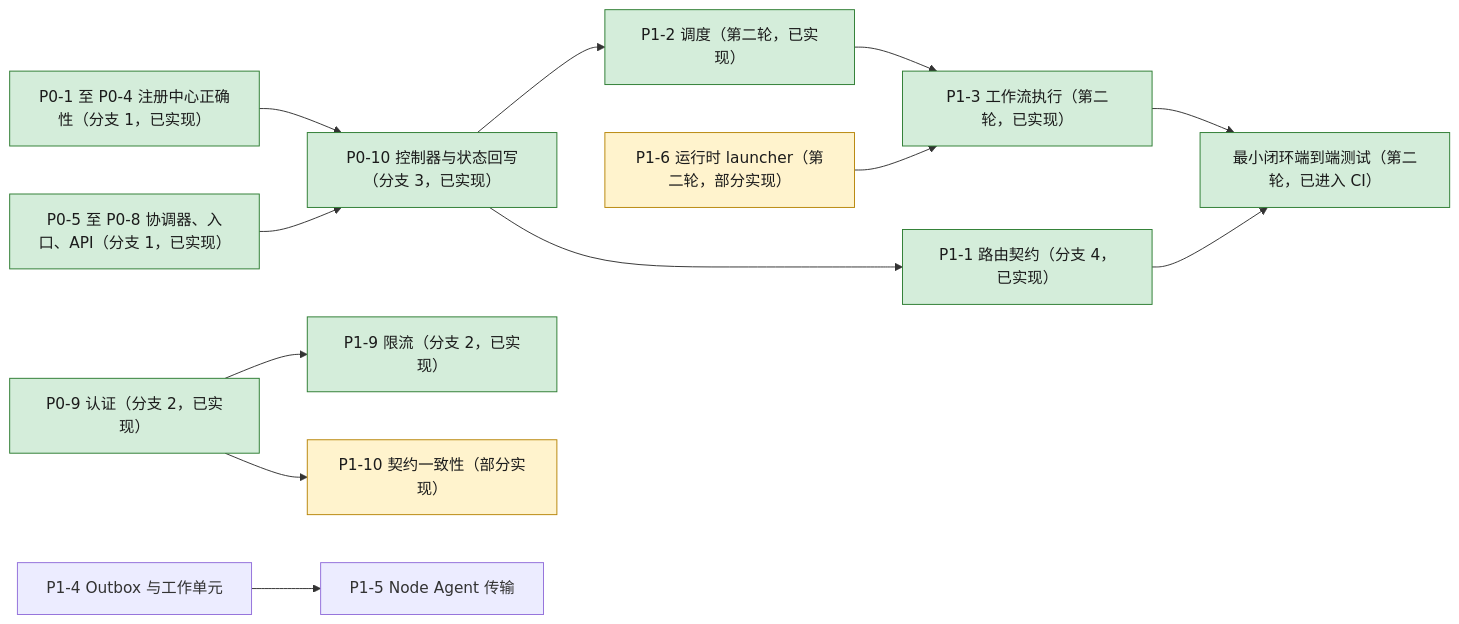
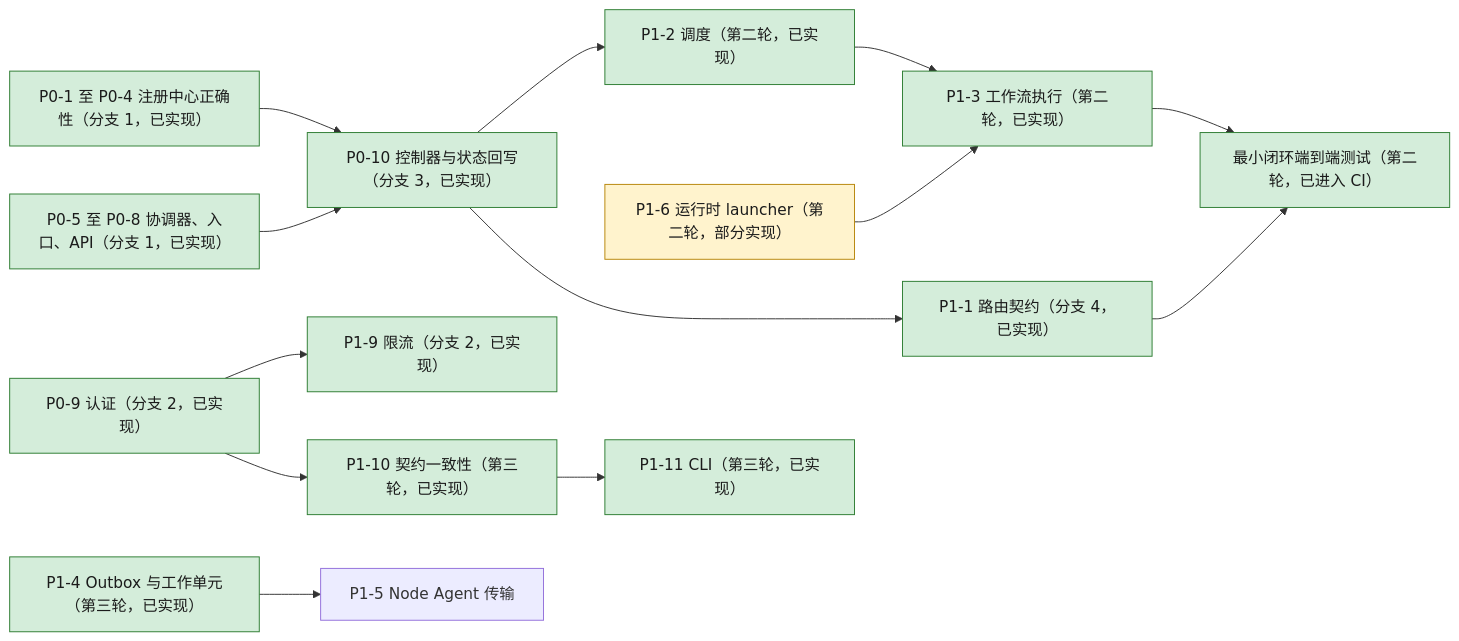
The diagram in docs/forgemesh-improvement-plan.md (KnightKKOP/Study), drawn with Mermaid before and after one commit. The commit also changed other lines of this file, not shown here.

````diff
--- a/docs/forgemesh-improvement-plan.md
+++ b/docs/forgemesh-improvement-plan.md
@@ -930,18 +1003,19 @@
 ```mermaid
 flowchart LR
   R["P0-1 至 P0-4 注册中心正确性（分支 1，已实现）"] --> C["P0-10 控制器与状态回写（分支 3，已实现）"]
   E["P0-5 至 P0-8 协调器、入口、API（分支 1，已实现）"] --> C
   C --> S["P1-2 调度（第二轮，已实现）"]
   S --> W["P1-3 工作流执行（第二轮，已实现）"]
   L["P1-6 运行时 launcher（第二轮，部分实现）"] --> W
   C --> RT["P1-1 路由契约（分支 4，已实现）"]
   W --> MVL["最小闭环端到端测试（第二轮，已进入 CI）"]
   RT --> MVL
   AUTH["P0-9 认证（分支 2，已实现）"] --> RL["P1-9 限流（分支 2，已实现）"]
-  AUTH --> API["P1-10 契约一致性（部分实现）"]
-  OB["P1-4 Outbox 与工作单元"] --> NA["P1-5 Node Agent 传输"]
+  AUTH --> API["P1-10 契约一致性（第三轮，已实现）"]
+  API --> CLI["P1-11 CLI（第三轮，已实现）"]
+  OB["P1-4 Outbox 与工作单元（第三轮，已实现）"] --> NA["P1-5 Node Agent 传输"]
   classDef implemented fill:#d4edda,stroke:#2e7d32,color:#1b1b1b
   classDef partial fill:#fff3cd,stroke:#b8860b,color:#1b1b1b
-  class R,E,C,RT,AUTH,RL,S,W,MVL implemented
-  class API,L partial
+  class R,E,C,RT,AUTH,RL,S,W,MVL,API,CLI,OB implemented
+  class L partial
 ```
````
